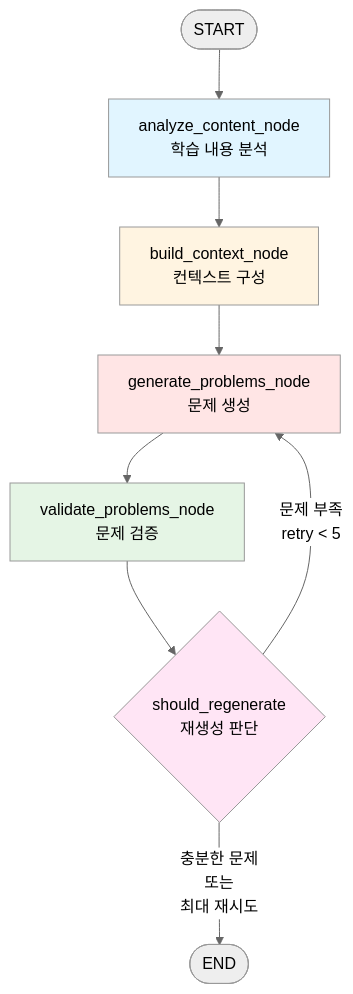
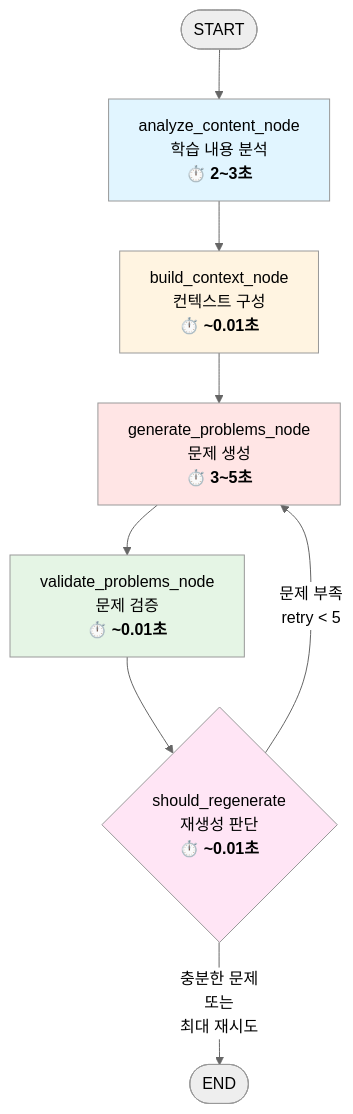
One commit to dkqpeo/obsidian changed the first of 23 diagrams in PROBLEM_WORKFLOW.md. Above: the diagram before and after it, drawn with Mermaid (neutral theme). The commit also changed other lines of this file and 1 other file, not shown here.

Commit message:
다이어그램 추가.

````diff
--- a/PROBLEM_WORKFLOW.md
+++ b/PROBLEM_WORKFLOW.md
@@ -9,17 +9,17 @@
 ```mermaid
 graph TD
-    Start([START]) --> Analyze[analyze_content_node<br/>학습 내용 분석]
-    Analyze --> Build[build_context_node<br/>컨텍스트 구성]
-    Build --> Generate[generate_problems_node<br/>문제 생성]
-    Generate --> Validate[validate_problems_node<br/>문제 검증]
-    Validate --> Decision{should_regenerate<br/>재생성 판단}
+    Start([START]) --> Analyze[analyze_content_node<br/>학습 내용 분석<br/><b>⏱️ 2~3초</b>]
+    Analyze --> Build[build_context_node<br/>컨텍스트 구성<br/><b>⏱️ ~0.01초</b>]
+    Build --> Generate[generate_problems_node<br/>문제 생성<br/><b>⏱️ 3~5초</b>]
+    Generate --> Validate[validate_problems_node<br/>문제 검증<br/><b>⏱️ ~0.01초</b>]
+    Validate --> Decision{should_regenerate<br/>재생성 판단<br/><b>⏱️ ~0.01초</b>}
 
     Decision -->|충분한 문제<br/>또는<br/>최대 재시도| End([END])
     Decision -->|문제 부족<br/>retry < 5| Generate
 
     style Analyze fill:#e1f5ff
     style Build fill:#fff4e1
     style Generate fill:#ffe5e5
     style Validate fill:#e5f5e5
     style Decision fill:#ffe5f5
 ```
````
